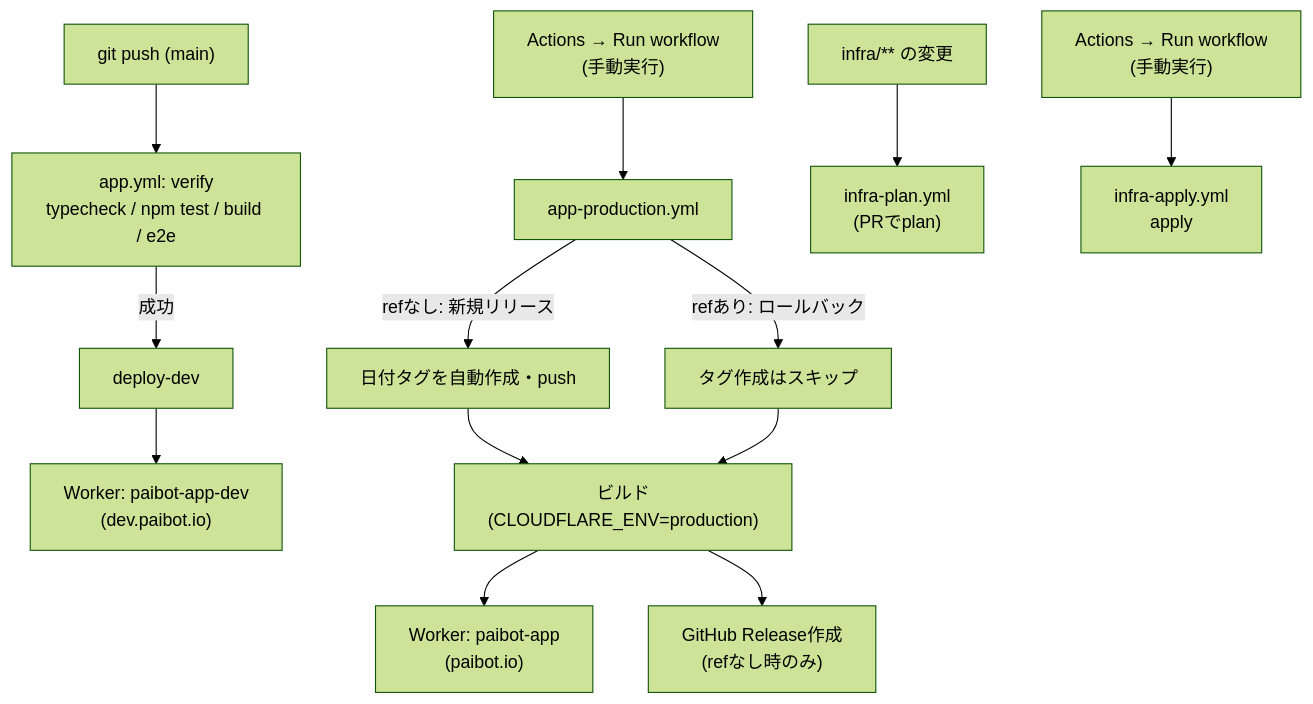
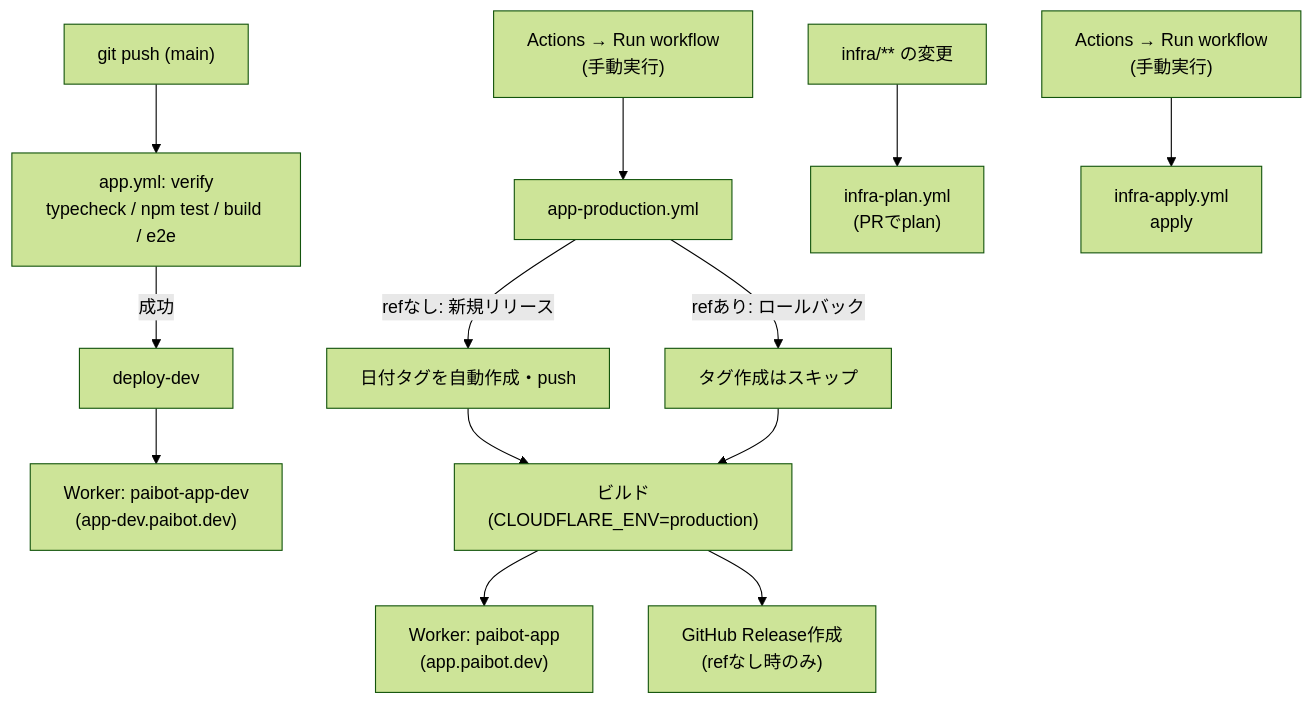
The second of 2 diagrams in docs/architecture.md (paibot-hq/paibot-app), drawn with Mermaid (forest theme) before and after one commit. The commit also changed other lines of this file and 25 other files, not shown here.

First line of the commit message:
Move to paibot.dev: app.paibot.dev (production), app-dev.paibot.dev (dev)

````diff
--- a/docs/architecture.md
+++ b/docs/architecture.md
@@ -64,17 +64,17 @@
 ```mermaid
 flowchart TD
     Push["git push (main)"] --> Verify["app.yml: verify\ntypecheck / npm test / build / e2e"]
     Verify -- 成功 --> DeployDev["deploy-dev"]
-    DeployDev --> WorkerDev["Worker: paibot-app-dev\n(dev.paibot.io)"]
+    DeployDev --> WorkerDev["Worker: paibot-app-dev\n(app-dev.paibot.dev)"]
 
     Manual["Actions → Run workflow\n(手動実行)"] --> ProdJob["app-production.yml"]
     ProdJob -- "refなし: 新規リリース" --> Tag["日付タグを自動作成・push"]
     ProdJob -- "refあり: ロールバック" --> Skip["タグ作成はスキップ"]
     Tag --> BuildProd["ビルド(CLOUDFLARE_ENV=production)"]
     Skip --> BuildProd
-    BuildProd --> WorkerProd["Worker: paibot-app\n(paibot.io)"]
+    BuildProd --> WorkerProd["Worker: paibot-app\n(app.paibot.dev)"]
     BuildProd --> Release["GitHub Release作成\n(refなし時のみ)"]
 
     InfraPush["infra/** の変更"] --> InfraPlan["infra-plan.yml\n(PRでplan)"]
     InfraApply["Actions → Run workflow\n(手動実行)"] --> InfraApplyJob["infra-apply.yml\napply"]
 ```
````
